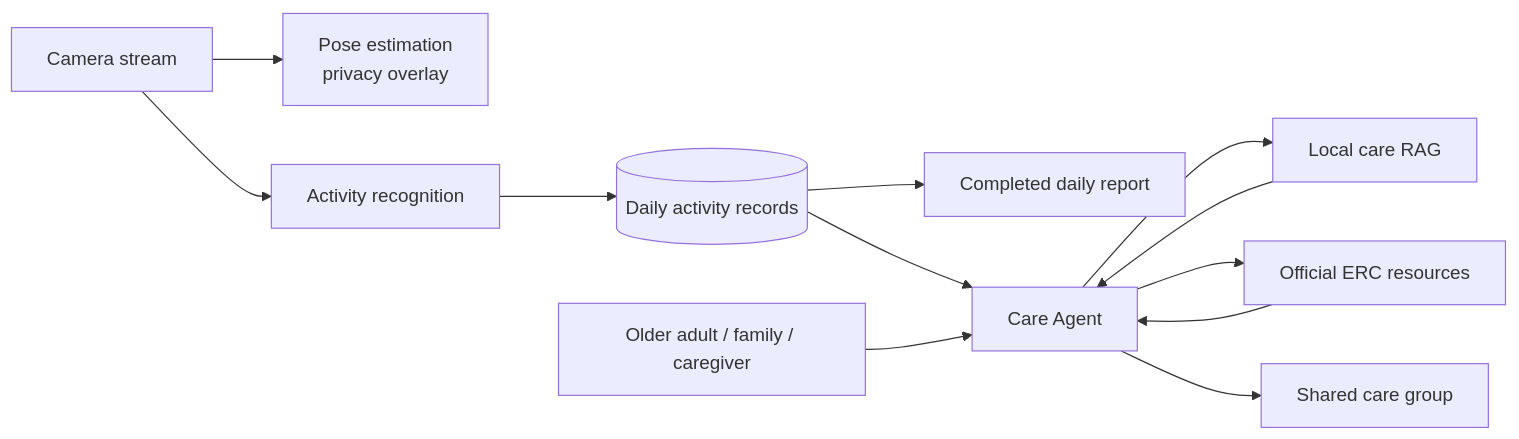
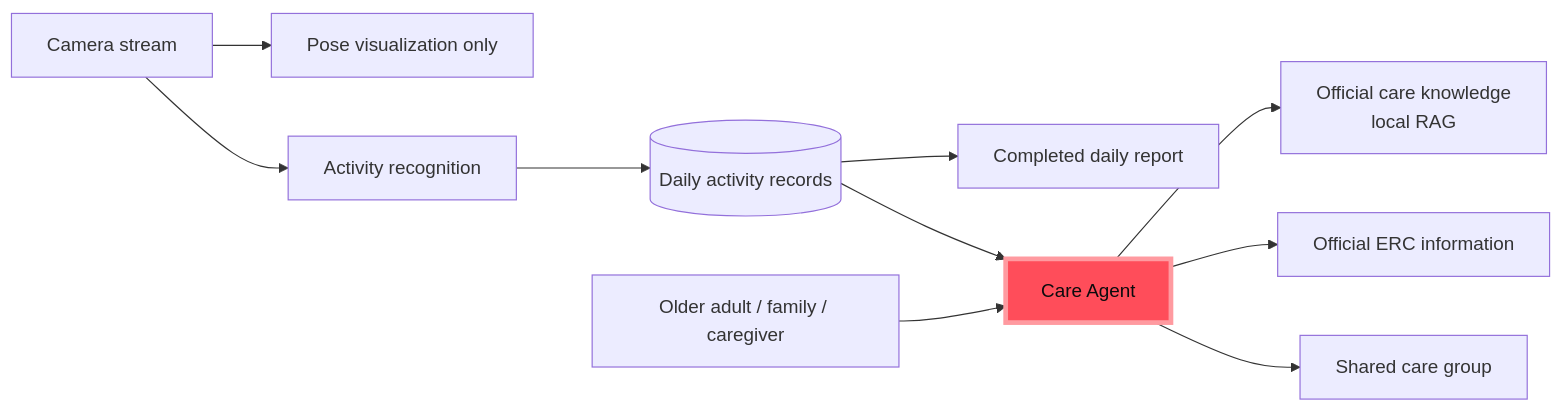
One commit to HenryyyW/ElderCare-showcase changed the diagram in README.md. Above: the diagram before and after it, drawn with Mermaid. The commit also changed 1 other file, not shown here.

Commit message:
docs: emphasize Care Agent architecture

````diff
--- a/README.md
+++ b/README.md
@@ -20,14 +20,14 @@
 ```mermaid
 flowchart LR
-    Camera[Camera stream] --> Privacy[Pose estimation\nprivacy overlay]
+    Camera[Camera stream] --> Privacy[Pose visualization only]
     Camera --> Activity[Activity recognition]
     Activity --> Records[(Daily activity records)]
     Records --> Reports[Completed daily report]
     Records --> Agent[Care Agent]
     User[Older adult / family / caregiver] --> Agent
-    Agent --> RAG[Local care RAG]
-    Agent --> ERC[Official ERC resources]
-    RAG --> Agent
-    ERC --> Agent
+    Agent --> RAG[Official care knowledge\nlocal RAG]
+    Agent --> ERC[Official ERC information]
     Agent --> Shared[Shared care group]
+    classDef agent fill:#ff4d5a,stroke:#ff9aa0,color:#0b0b0d,stroke-width:4px;
+    class Agent agent;
 ```
````
